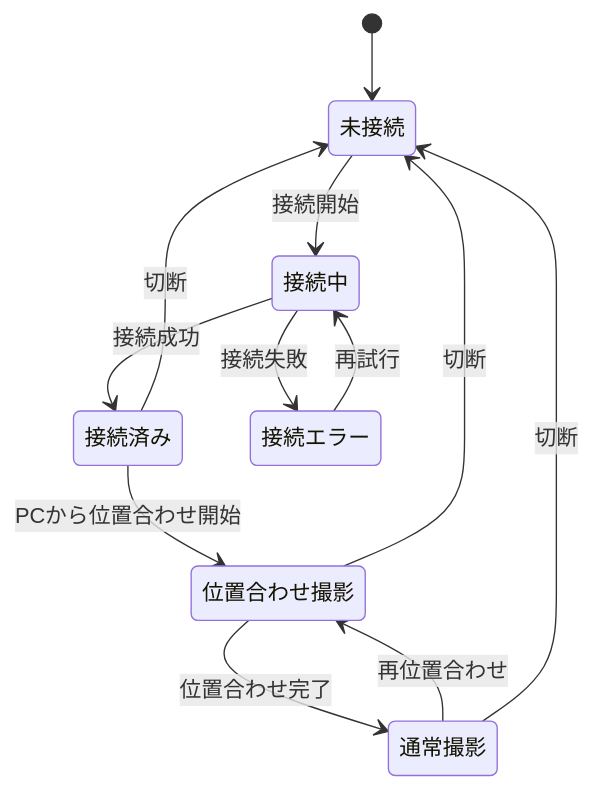
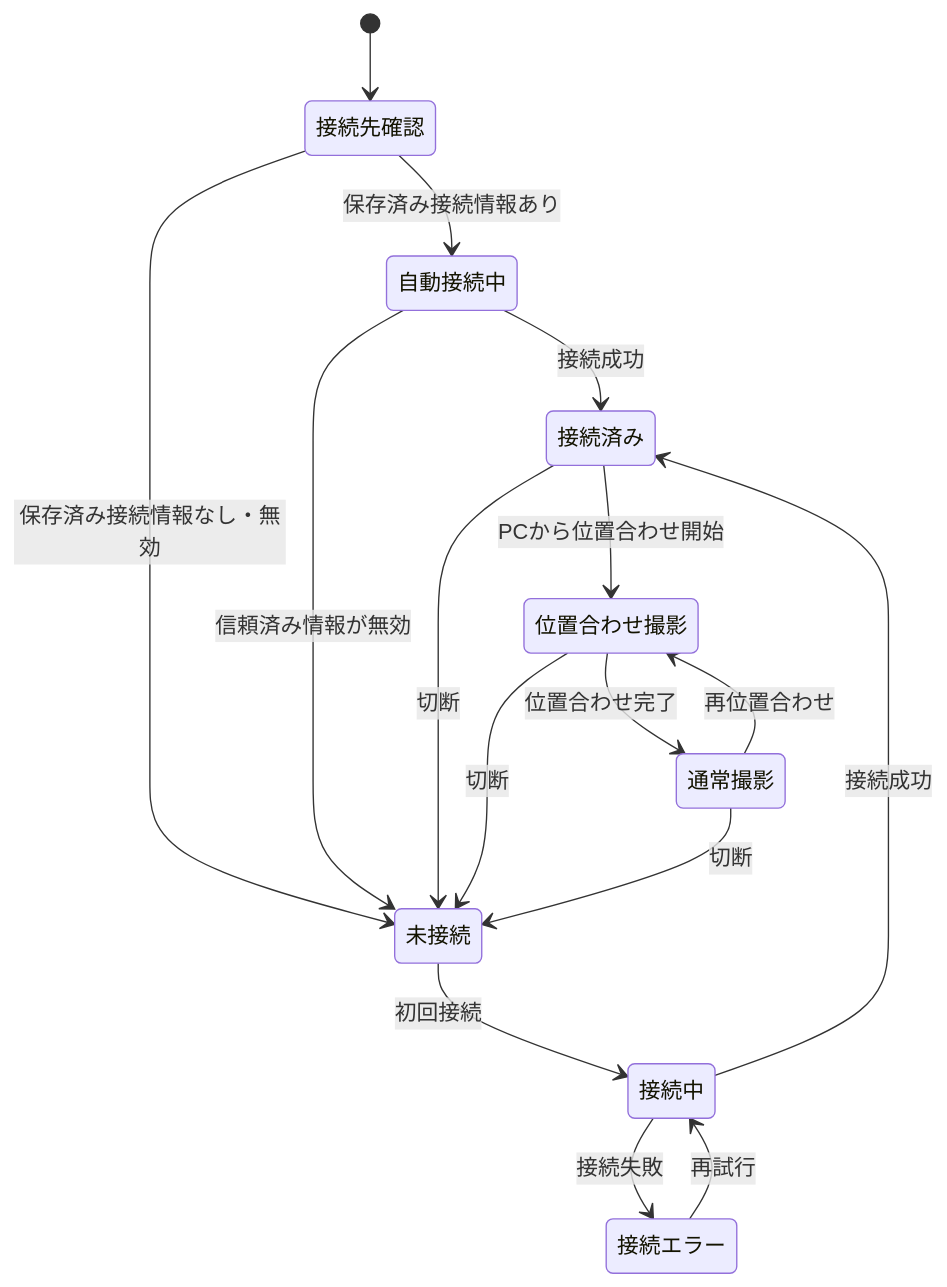
Diagram 11 of 38 in docs/system/system-requirements.md (KIT-DevelopersHub/screact), drawn with Mermaid before and after one commit. The commit also changed other lines of this file and 11 other files, not shown here.

````diff
--- a/docs/system/system-requirements.md
+++ b/docs/system/system-requirements.md
@@ -470,14 +485,18 @@
 ```mermaid
 stateDiagram-v2
-    [*] --> 未接続
-    未接続 --> 接続中: 接続開始
+    [*] --> 接続先確認
+    接続先確認 --> 自動接続中: 保存済み接続情報あり
+    接続先確認 --> 未接続: 保存済み接続情報なし・無効
+    未接続 --> 接続中: 初回接続
+    自動接続中 --> 接続済み: 接続成功
+    自動接続中 --> 未接続: 信頼済み情報が無効
     接続中 --> 接続済み: 接続成功
     接続中 --> 接続エラー: 接続失敗
     接続エラー --> 接続中: 再試行
     接続済み --> 位置合わせ撮影: PCから位置合わせ開始
     位置合わせ撮影 --> 通常撮影: 位置合わせ完了
     通常撮影 --> 位置合わせ撮影: 再位置合わせ
     接続済み --> 未接続: 切断
     位置合わせ撮影 --> 未接続: 切断
     通常撮影 --> 未接続: 切断
 ```
````
